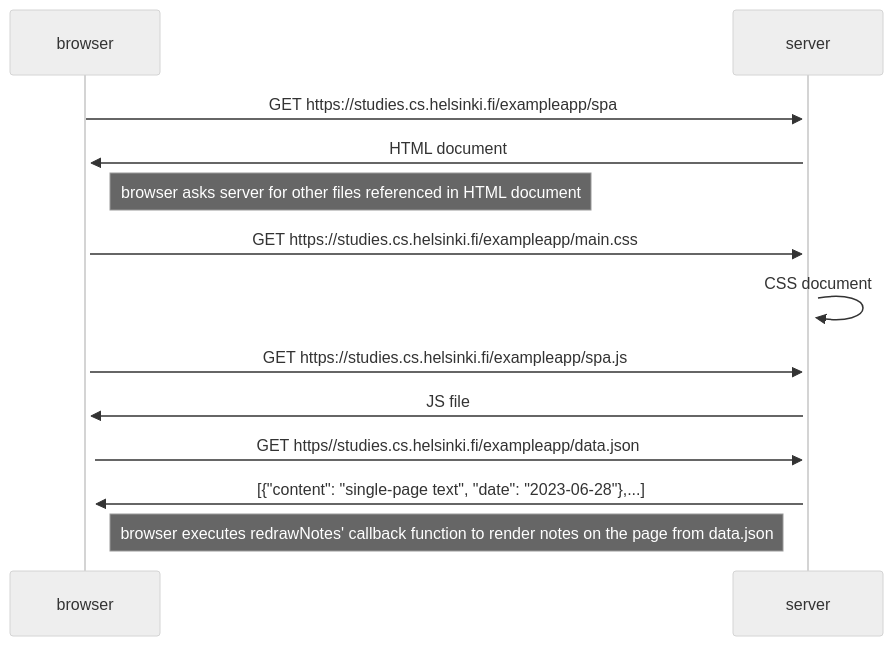
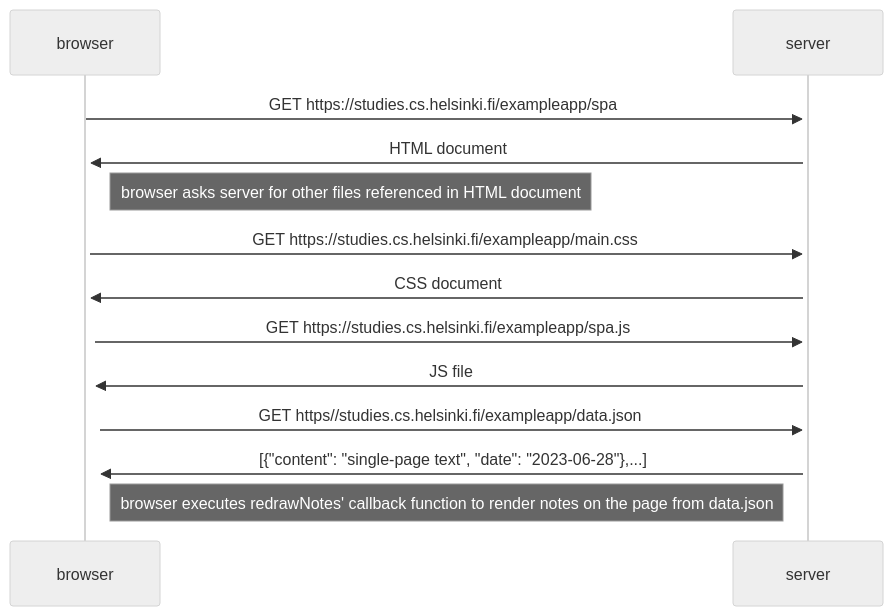
One commit to Mingtendo/fullstackopen changed the diagram in part_0/exercise_0.5.md. Above: the diagram before and after it, drawn with Mermaid (neutral theme).

Commit message:
Fixed one line where the server sent a CSS document to itself in the diagram.

````diff
--- a/part_0/exercise_0.5.md
+++ b/part_0/exercise_0.5.md
@@ -5,21 +5,21 @@
 ```mermaid
 
 sequenceDiagram
 
 	browser ->>+ server: GET https://studies.cs.helsinki.fi/exampleapp/spa
 	server ->>+ browser: HTML document
 
 	Note right of browser: browser asks server for other files referenced in HTML document
 
 	browser ->>+ server: GET https://studies.cs.helsinki.fi/exampleapp/main.css
-	server ->>+ server: CSS document
+	server ->>+ browser: CSS document
 
 	browser ->>+ server: GET https://studies.cs.helsinki.fi/exampleapp/spa.js
 	server ->>+ browser: JS file
 
 	browser ->>+ server: GET https//studies.cs.helsinki.fi/exampleapp/data.json
 	server ->>+ browser: [{"content": "single-page text", "date": "2023-06-28"},...]
 
 	Note right of browser: browser executes redrawNotes' callback function to render notes on the page from data.json
 
 ```
````
